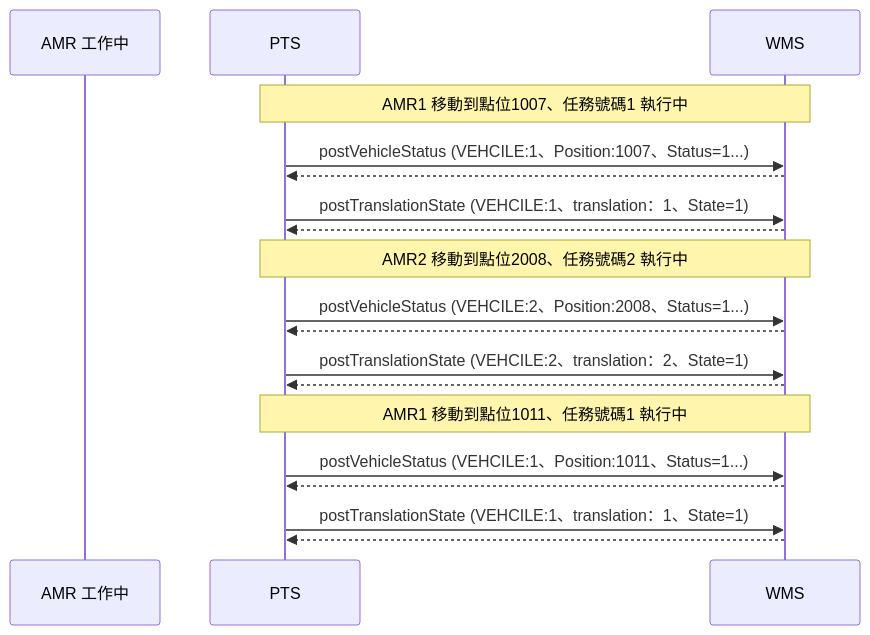
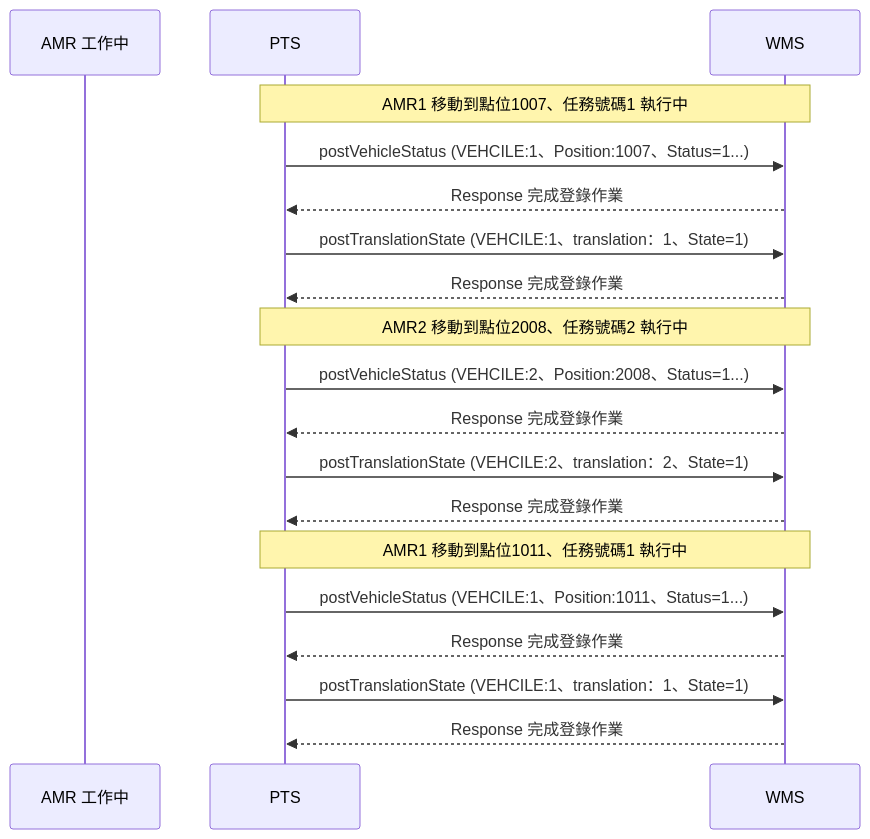
Before and after one commit to athena-tircgo/amr-wms-lsj: the seventh of 8 diagrams in README.md, drawn with Mermaid. The commit also changed other lines of this file, not shown here.

````diff
--- a/README.md
+++ b/README.md
@@ -380,26 +380,26 @@
 ```mermaid
 sequenceDiagram
     participant AMR 工作中
     participant PTS
     participant WMS
 
 
 note over PTS,WMS: AMR1 移動到點位1007、任務號碼1 執行中
      PTS->>WMS: postVehicleStatus (VEHCILE:1、Position:1007、Status=1...)
-     WMS-->>PTS:
+     WMS-->>PTS:Response 完成登錄作業
      PTS->>WMS: postTranslationState (VEHCILE:1、translation：1、State=1)
-     WMS-->>PTS:
+     WMS-->>PTS:Response 完成登錄作業
 
 note over PTS,WMS: AMR2 移動到點位2008、任務號碼2 執行中
      PTS->>WMS: postVehicleStatus (VEHCILE:2、Position:2008、Status=1...)
-     WMS-->>PTS:
+     WMS-->>PTS:Response 完成登錄作業
      PTS->>WMS: postTranslationState (VEHCILE:2、translation：2、State=1)
-     WMS-->>PTS:
+     WMS-->>PTS:Response 完成登錄作業
 
 note over PTS,WMS: AMR1 移動到點位1011、任務號碼1 執行中
      PTS->>WMS: postVehicleStatus (VEHCILE:1、Position:1011、Status=1...)
-     WMS-->>PTS:
+     WMS-->>PTS:Response 完成登錄作業
      PTS->>WMS: postTranslationState (VEHCILE:1、translation：1、State=1)
-     WMS-->>PTS:
+     WMS-->>PTS:Response 完成登錄作業
 
 ```
````
